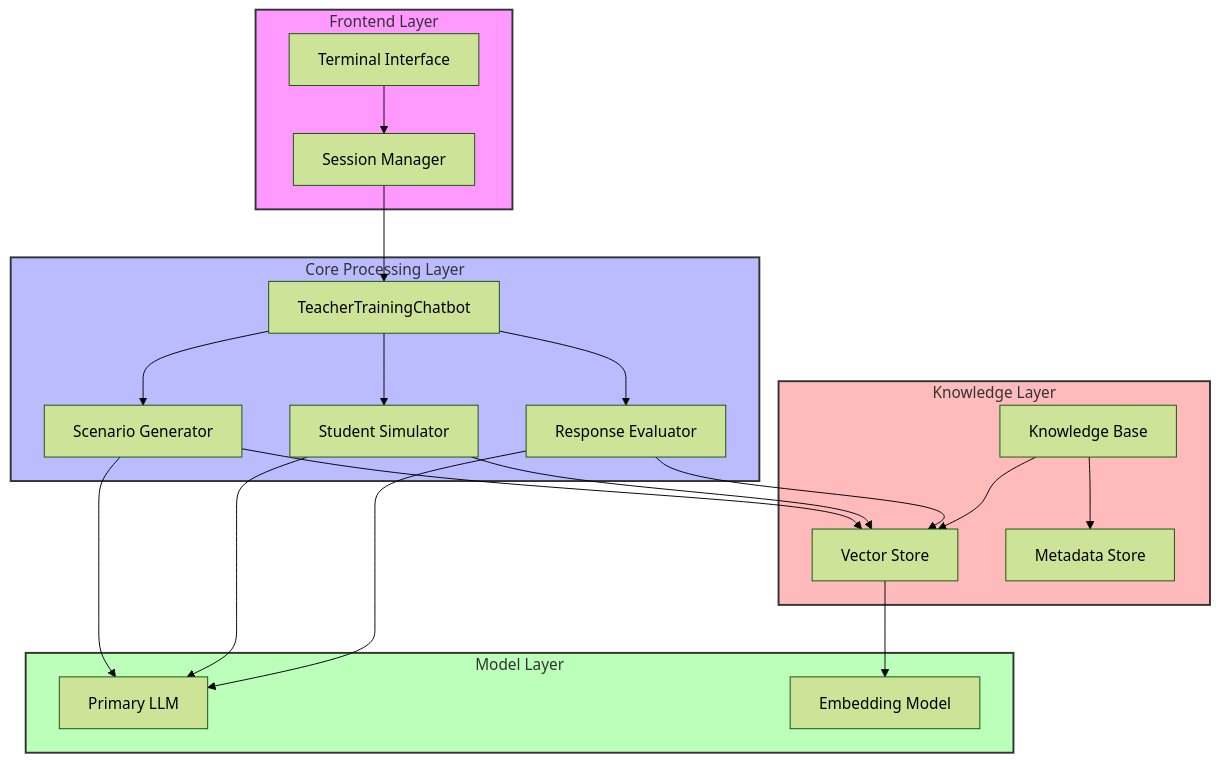
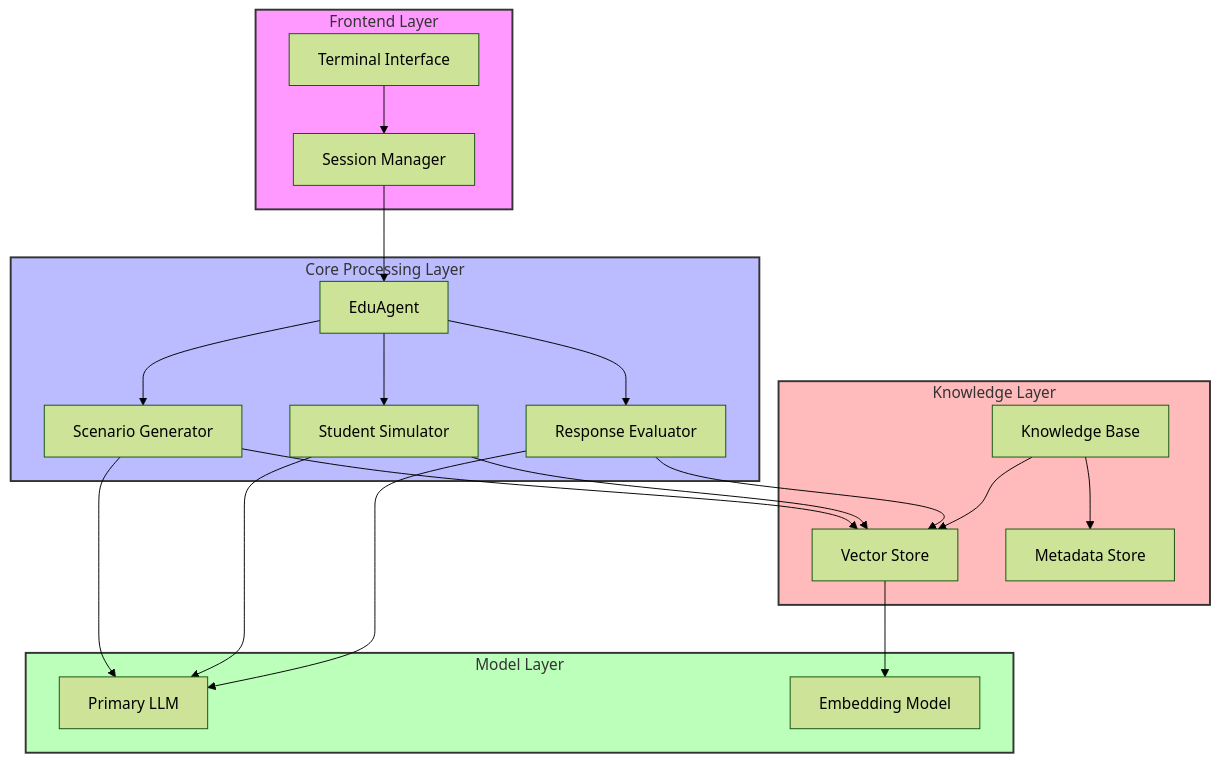
One commit to UVU-AI-Innovate/teacher-training-chatbot changed the first of 14 diagrams in README.md. Above: the diagram before and after it, drawn with Mermaid (forest theme). The commit also changed other lines of this file, not shown here.

First line of the commit message:
Evolve EduAgent architecture to multimodal AI-powered training simulator

````diff
--- a/README.md
+++ b/README.md
@@ -55,48 +55,48 @@
 ```mermaid
 graph TB
     subgraph Frontend["Frontend Layer"]
         UI[Terminal Interface]
         Session[Session Manager]
     end
 
     subgraph Core["Core Processing Layer"]
-        Chat[TeacherTrainingChatbot]
+        Chat[EduAgent]
         Eval[Response Evaluator]
         Sim[Student Simulator]
         Scen[Scenario Generator]
     end
 
     subgraph Models["Model Layer"]
         LLM[Primary LLM]
         Emb[Embedding Model]
     end
 
     subgraph Knowledge["Knowledge Layer"]
         KB[Knowledge Base]
         VS[Vector Store]
         Meta[Metadata Store]
     end
 
     UI --> Session
     Session --> Chat
     Chat --> Eval
     Chat --> Sim
     Chat --> Scen
     
     Eval --> LLM
     Sim --> LLM
     Scen --> LLM
     
     KB --> VS
     VS --> Emb
     KB --> Meta
     
     Eval --> VS
     Sim --> VS
     Scen --> VS
 
     style Frontend fill:#f9f,stroke:#333,stroke-width:2px
     style Core fill:#bbf,stroke:#333,stroke-width:2px
     style Models fill:#bfb,stroke:#333,stroke-width:2px
     style Knowledge fill:#fbb,stroke:#333,stroke-width:2px
 ```
````
